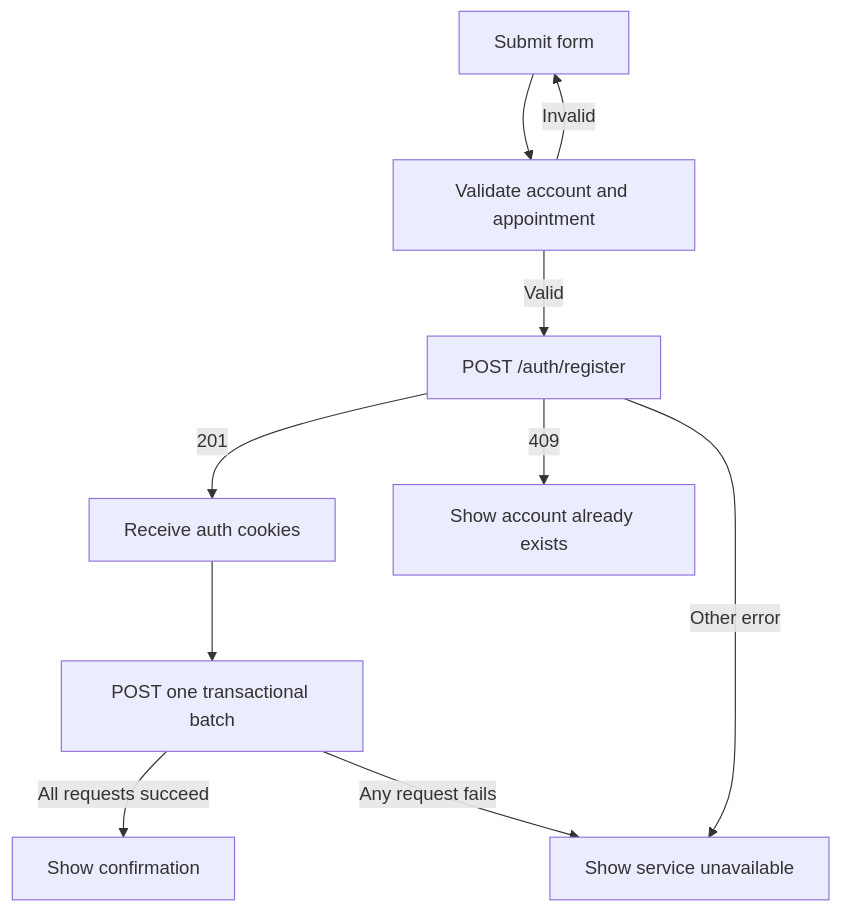
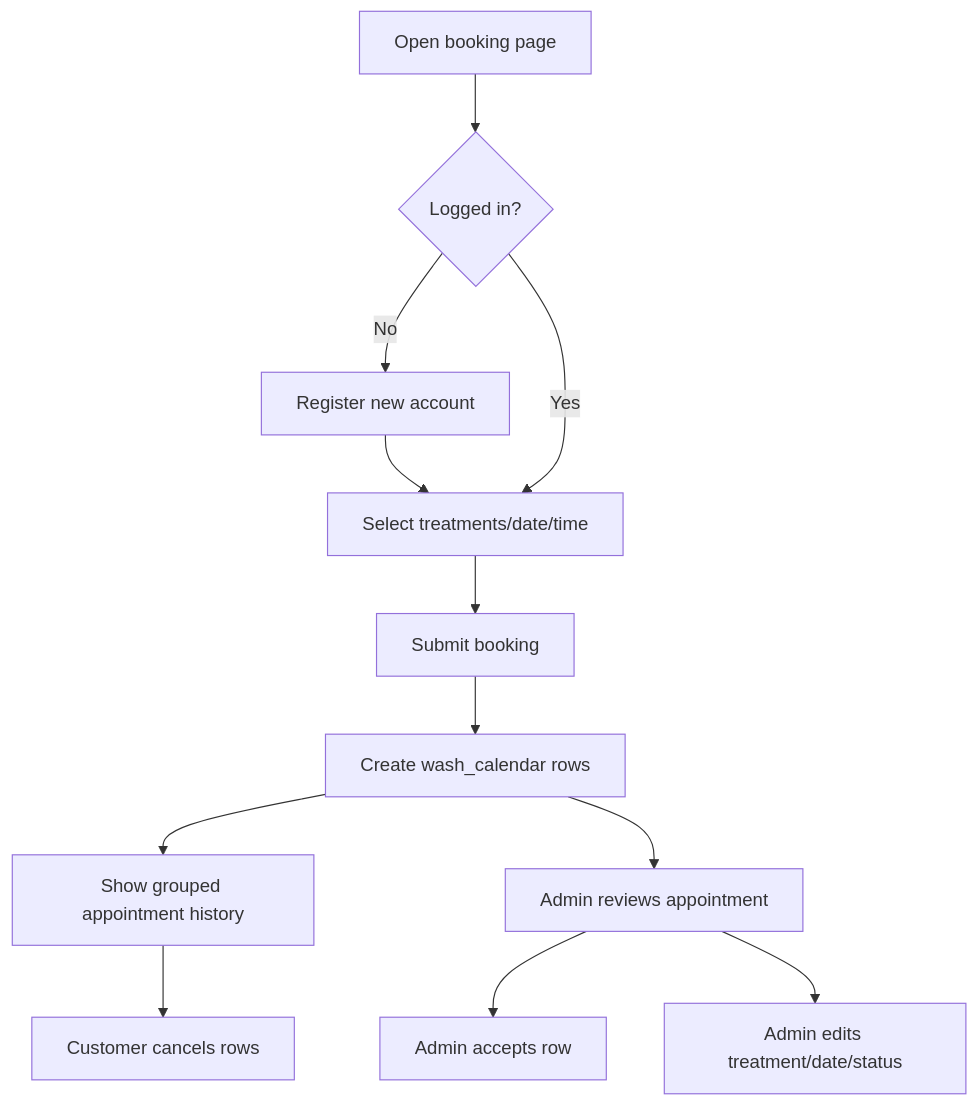
The fifth of 9 diagrams in README.md (yassineao/poetsanders), drawn with Mermaid before and after one commit. The commit also changed other lines of this file and 1 other file, not shown here.

````diff
--- a/README.md
+++ b/README.md
@@ -730,20 +382,24 @@
 ```mermaid
 flowchart TD
-    Submit[Submit form]
-    Validate[Validate account and appointment]
-    Register[POST /auth/register]
-    Cookies[Receive auth cookies]
-    Book[POST one transactional batch]
-    Success[Show confirmation]
-    Conflict[Show account already exists]
-    Error[Show service unavailable]
+    Start[Open booking page]
+    Auth{Logged in?}
+    Register[Register new account]
+    Select[Select treatments/date/time]
+    Submit[Submit booking]
+    Rows[Create wash_calendar rows]
+    History[Show grouped appointment history]
+    Admin[Admin reviews appointment]
+    Accept[Admin accepts row]
+    Edit[Admin edits treatment/date/status]
+    Cancel[Customer cancels rows]
 
-    Submit --> Validate
-    Validate -->|Invalid| Submit
-    Validate -->|Valid| Register
-    Register -->|201| Cookies --> Book
-    Register -->|409| Conflict
-    Register -->|Other error| Error
-    Book -->|All requests succeed| Success
-    Book -->|Any request fails| Error
+    Start --> Auth
+    Auth -->|No| Register --> Select
+    Auth -->|Yes| Select
+    Select --> Submit --> Rows
+    Rows --> History
+    Rows --> Admin
+    Admin --> Accept
+    Admin --> Edit
+    History --> Cancel
 ```
````
